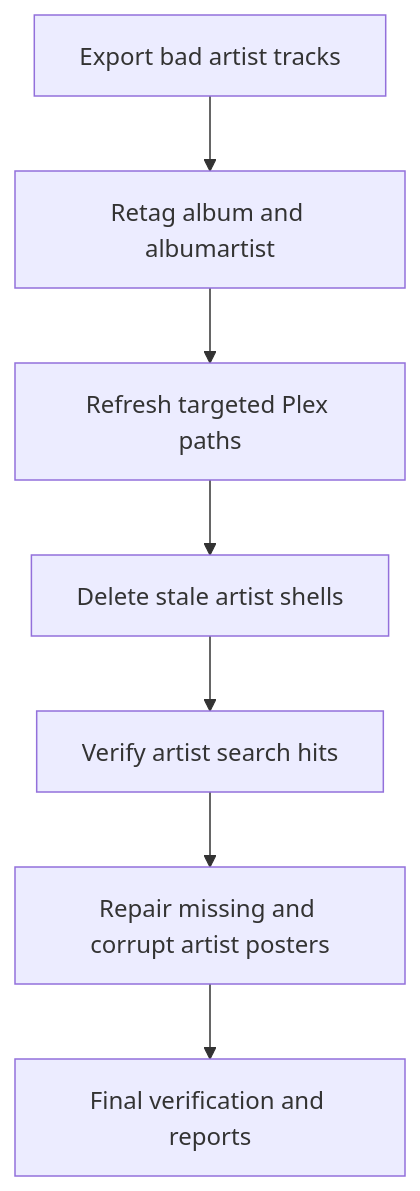
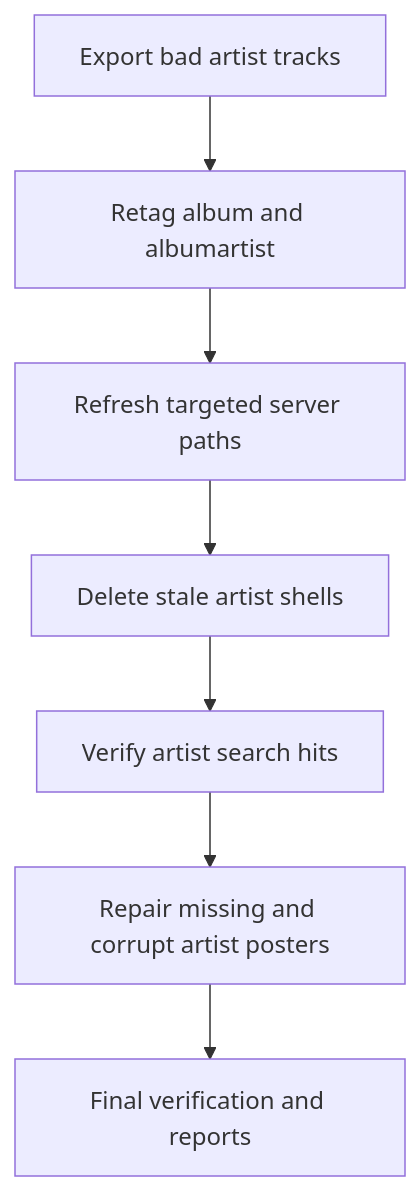
The second of 3 diagrams in docs/architecture.md (sharvinzlife/HarmonyForge), drawn with Mermaid before and after one commit. The commit also changed other lines of this file and 7 other files, not shown here.

````diff
--- a/docs/architecture.md
+++ b/docs/architecture.md
@@ -15,9 +17,9 @@
 ```mermaid
 flowchart TD
   A[Export bad artist tracks] --> B[Retag album and albumartist]
-  B --> C[Refresh targeted Plex paths]
+  B --> C[Refresh targeted server paths]
   C --> D[Delete stale artist shells]
   D --> E[Verify artist search hits]
   E --> F[Repair missing and corrupt artist posters]
   F --> G[Final verification and reports]
 ```
````
